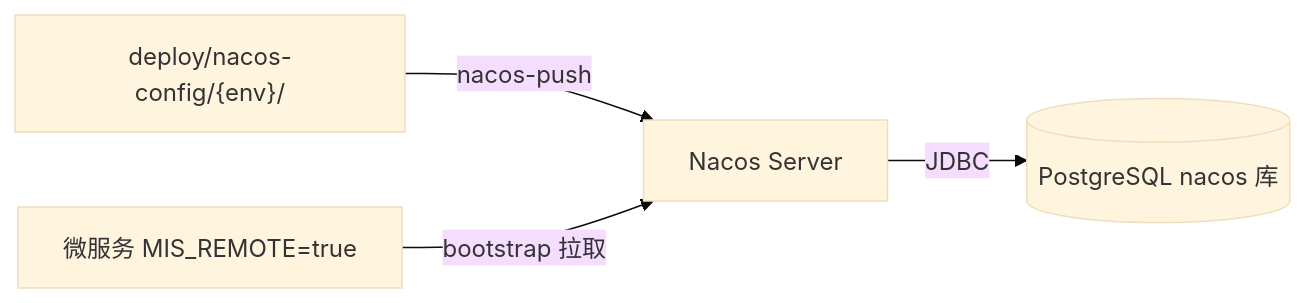
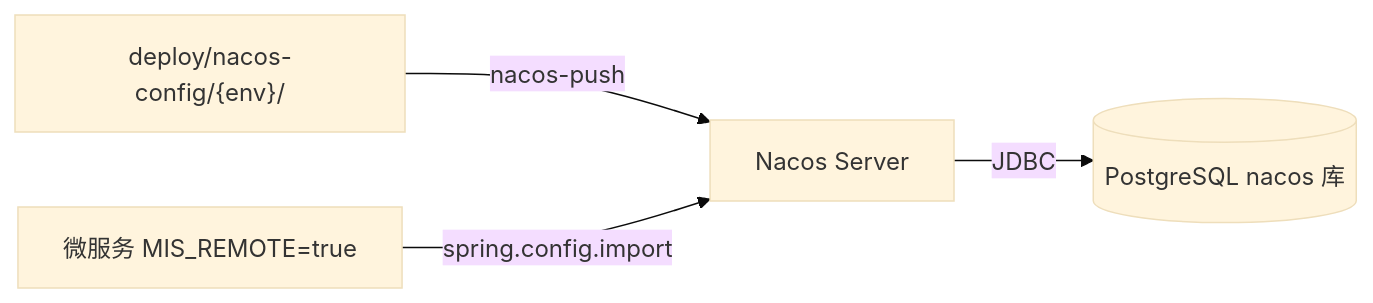
One commit to 13961588612/mis-platform changed the diagram in docs/devops/configuration.md. Above: the diagram before and after it, drawn with Mermaid (base theme). The commit also changed other lines of this file and 33 other files, not shown here.

First line of the commit message:
fix(config): use spring.config.import for Nacos mis-common across services

````diff
--- a/docs/devops/configuration.md
+++ b/docs/devops/configuration.md
@@ -12,6 +12,6 @@
 ```mermaid
 flowchart LR
     Git["deploy/nacos-config/{env}/"] -->|nacos-push| Nacos["Nacos Server"]
     Nacos -->|JDBC| PG[("PostgreSQL nacos 库")]
-    MS["微服务 MIS_REMOTE=true"] -->|bootstrap 拉取| Nacos
+    MS["微服务 MIS_REMOTE=true"] -->|spring.config.import| Nacos
 ```
````
